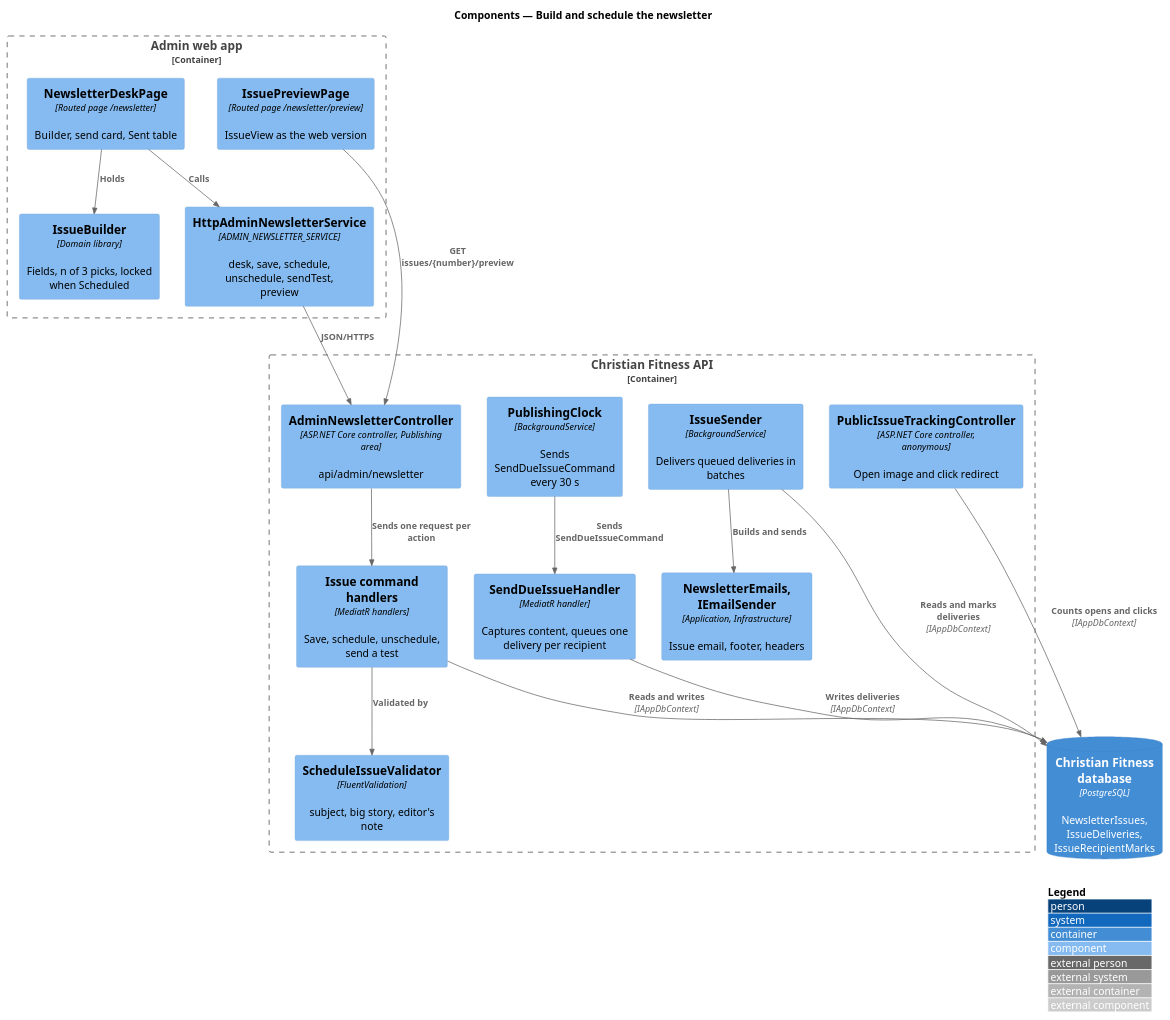
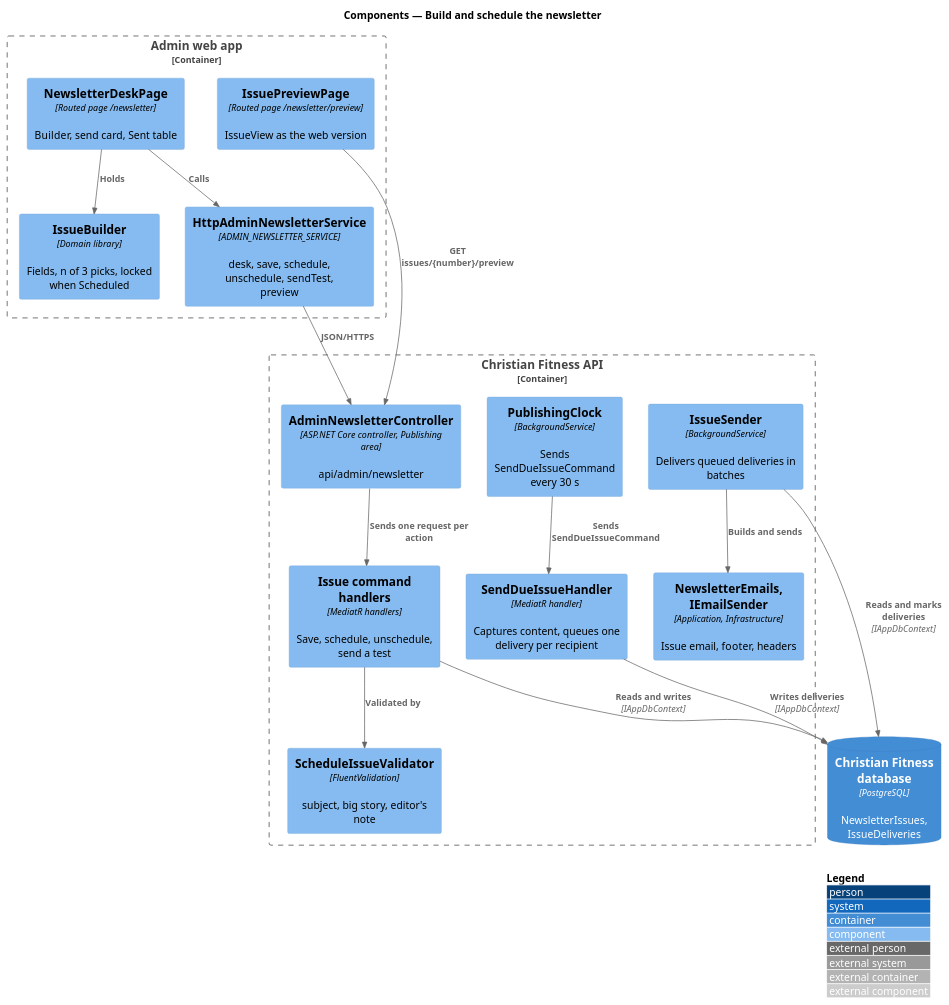
Before and after one commit to QuinntyneBrown/christian-fitness: the diagram in docs/detailed-designs/publishing/build-and-schedule-newsletter/diagrams/c4-component.puml, drawn with PlantUML. The commit also changed 41 other files, not shown here.

```diff
--- a/docs/detailed-designs/publishing/build-and-schedule-newsletter/diagrams/c4-component.puml
+++ b/docs/detailed-designs/publishing/build-and-schedule-newsletter/diagrams/c4-component.puml
@@ -1,35 +1,33 @@
 @startuml
 !include <C4/C4_Component>
 LAYOUT_WITH_LEGEND()
 title Components — Build and schedule the newsletter
 
 Container_Boundary(adminApp, "Admin web app") {
   Component(page, "NewsletterDeskPage", "Routed page /newsletter", "Builder, send card, Sent table")
   Component(store, "IssueBuilder", "Domain library", "Fields, n of 3 picks, locked when Scheduled")
   Component(client, "HttpAdminNewsletterService", "ADMIN_NEWSLETTER_SERVICE", "desk, save, schedule, unschedule, sendTest, preview")
   Component(preview, "IssuePreviewPage", "Routed page /newsletter/preview", "IssueView as the web version")
 }
 Container_Boundary(api, "Christian Fitness API") {
   Component(ctrl, "AdminNewsletterController", "ASP.NET Core controller, Publishing area", "api/admin/newsletter")
   Component(h, "Issue command handlers", "MediatR handlers", "Save, schedule, unschedule, send a test")
   Component(val, "ScheduleIssueValidator", "FluentValidation", "subject, big story, editor's note")
   Component(clock, "PublishingClock", "BackgroundService", "Sends SendDueIssueCommand every 30 s")
   Component(send, "SendDueIssueHandler", "MediatR handler", "Captures content, queues one delivery per recipient")
   Component(sender, "IssueSender", "BackgroundService", "Delivers queued deliveries in batches")
-  Component(track, "PublicIssueTrackingController", "ASP.NET Core controller, anonymous", "Open image and click redirect")
   Component(mailer, "NewsletterEmails, IEmailSender", "Application, Infrastructure", "Issue email, footer, headers")
 }
-ContainerDb(db, "Christian Fitness database", "PostgreSQL", "NewsletterIssues, IssueDeliveries, IssueRecipientMarks")
+ContainerDb(db, "Christian Fitness database", "PostgreSQL", "NewsletterIssues, IssueDeliveries")
 Rel(page, store, "Holds")
 Rel(page, client, "Calls")
 Rel(client, ctrl, "JSON/HTTPS")
 Rel(preview, ctrl, "GET issues/{number}/preview")
 Rel(ctrl, h, "Sends one request per action")
 Rel(h, val, "Validated by")
 Rel(clock, send, "Sends SendDueIssueCommand")
 Rel(send, db, "Writes deliveries", "IAppDbContext")
 Rel(sender, db, "Reads and marks deliveries", "IAppDbContext")
 Rel(sender, mailer, "Builds and sends")
-Rel(track, db, "Counts opens and clicks", "IAppDbContext")
 Rel(h, db, "Reads and writes", "IAppDbContext")
 @enduml
```
